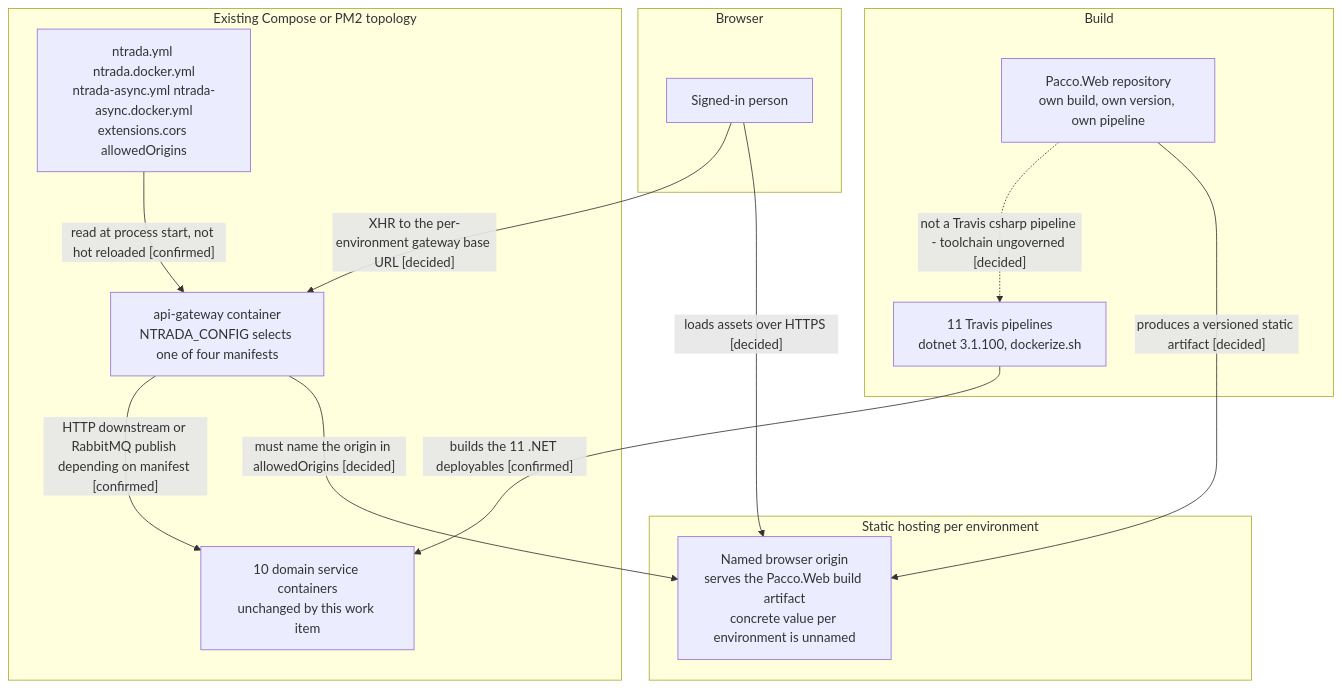
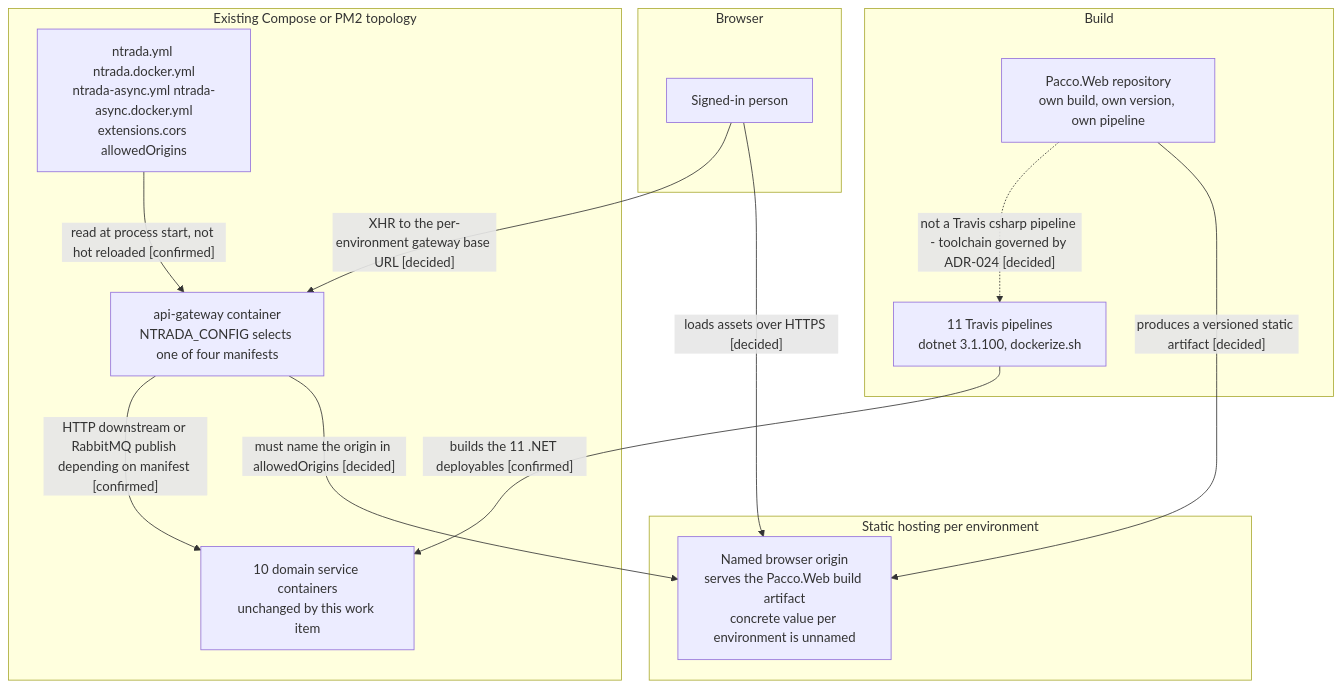
Diagram 18 of 25 in docs/architecture-inventory/architecture-views.md (hianshul100/Pacco.Context), drawn with Mermaid before and after one commit. The commit also changed other lines of this file and 9 other files, not shown here.

First line of the commit message:
fix(architecture): record ADR-024 for R9 and correct ADR-022 rule citations

````diff
--- a/docs/architecture-inventory/architecture-views.md
+++ b/docs/architecture-inventory/architecture-views.md
@@ -1180,27 +1180,27 @@
 ```mermaid
 graph TD
     subgraph "Browser"
         person["Signed-in person"]
     end
     subgraph "Static hosting per environment"
         origin["Named browser origin<br/>serves the Pacco.Web build artifact<br/>concrete value per environment is unnamed"]
     end
     subgraph "Existing Compose or PM2 topology"
         gw["api-gateway container<br/>NTRADA_CONFIG selects one of four manifests"]
         yml["ntrada.yml ntrada.docker.yml<br/>ntrada-async.yml ntrada-async.docker.yml<br/>extensions.cors allowedOrigins"]
         svcs["10 domain service containers<br/>unchanged by this work item"]
     end
     subgraph "Build"
         repo["Pacco.Web repository<br/>own build, own version, own pipeline"]
         travis["11 Travis pipelines<br/>dotnet 3.1.100, dockerize.sh"]
     end
 
     repo -->|"produces a versioned static artifact [decided]"| origin
     person -->|"loads assets over HTTPS [decided]"| origin
     person -->|"XHR to the per-environment gateway base URL [decided]"| gw
     yml -->|"read at process start, not hot reloaded [confirmed]"| gw
     gw -->|"must name the origin in allowedOrigins [decided]"| origin
     gw -->|"HTTP downstream or RabbitMQ publish depending on manifest [confirmed]"| svcs
     travis -->|"builds the 11 .NET deployables [confirmed]"| svcs
-    repo -.->|"not a Travis csharp pipeline - toolchain ungoverned [decided]"| travis
+    repo -.->|"not a Travis csharp pipeline - toolchain governed by ADR-024 [decided]"| travis
 ```
````
